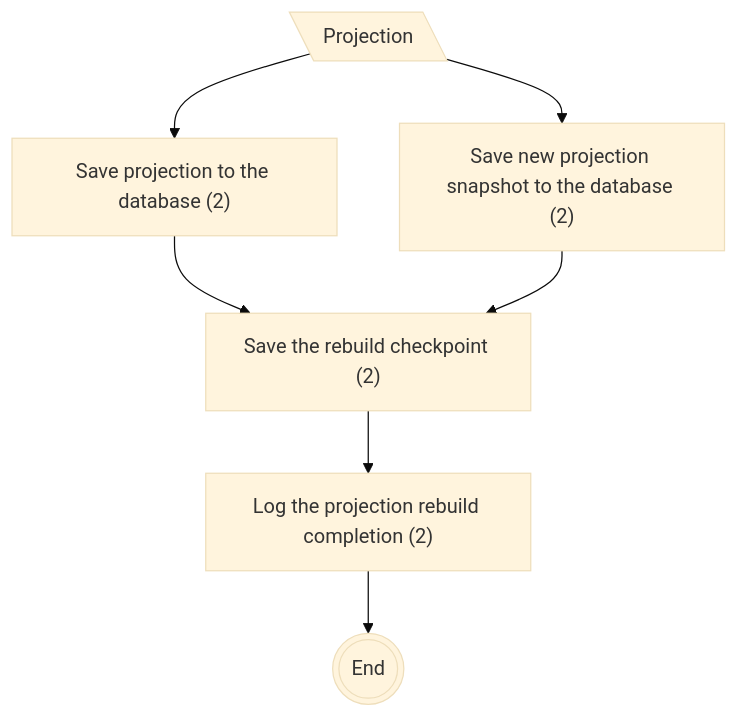
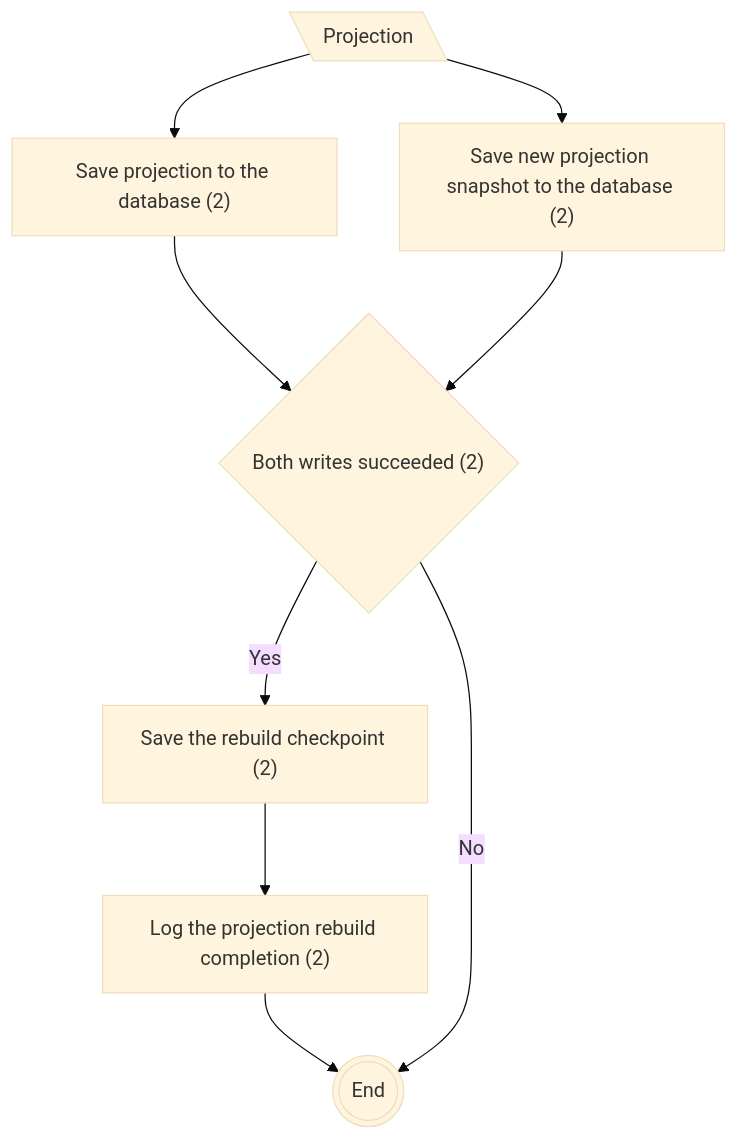
Before and after one commit to dmitryhruzin/CQRS-variations-test: the eighth of 8 diagrams in docs/CF Complexity/projection rebuild.md, drawn with Mermaid (base theme). The commit also changed other lines of this file and 2 other files, not shown here.

Commit message:
docs: add more infra calls to diagrams

````diff
--- a/docs/CF Complexity/projection rebuild.md
+++ b/docs/CF Complexity/projection rebuild.md
@@ -183,11 +183,13 @@
 ```mermaid
 flowchart TD
   classDef mod stroke:#0f0
   A@{ shape: lean-l, label: "Projection" }
   A --> B["Save projection to the database (2)"]
   A --> C["Save new projection snapshot to the database (2)"]
-  B --> CP["Save the rebuild checkpoint (2)"]
-  C --> CP
+  B --> CF{"Both writes succeeded (2)"}
+  C --> CF
+  CF --Yes--> CP["Save the rebuild checkpoint (2)"]
   CP --> LG["Log the projection rebuild completion (2)"]
   LG --> D@{ shape: dbl-circ, label: "End" }
+  CF --"No"--> D
 ```
````
